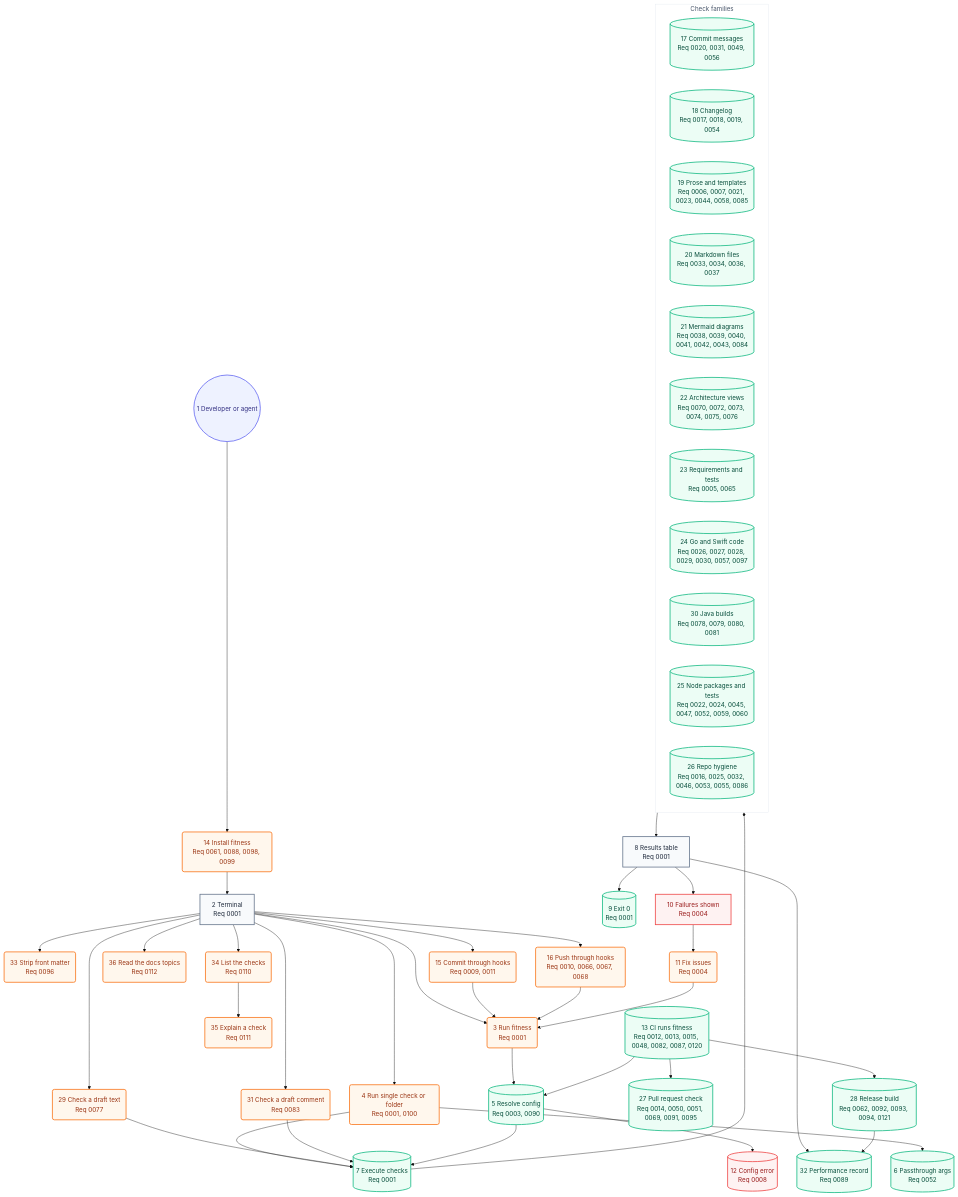
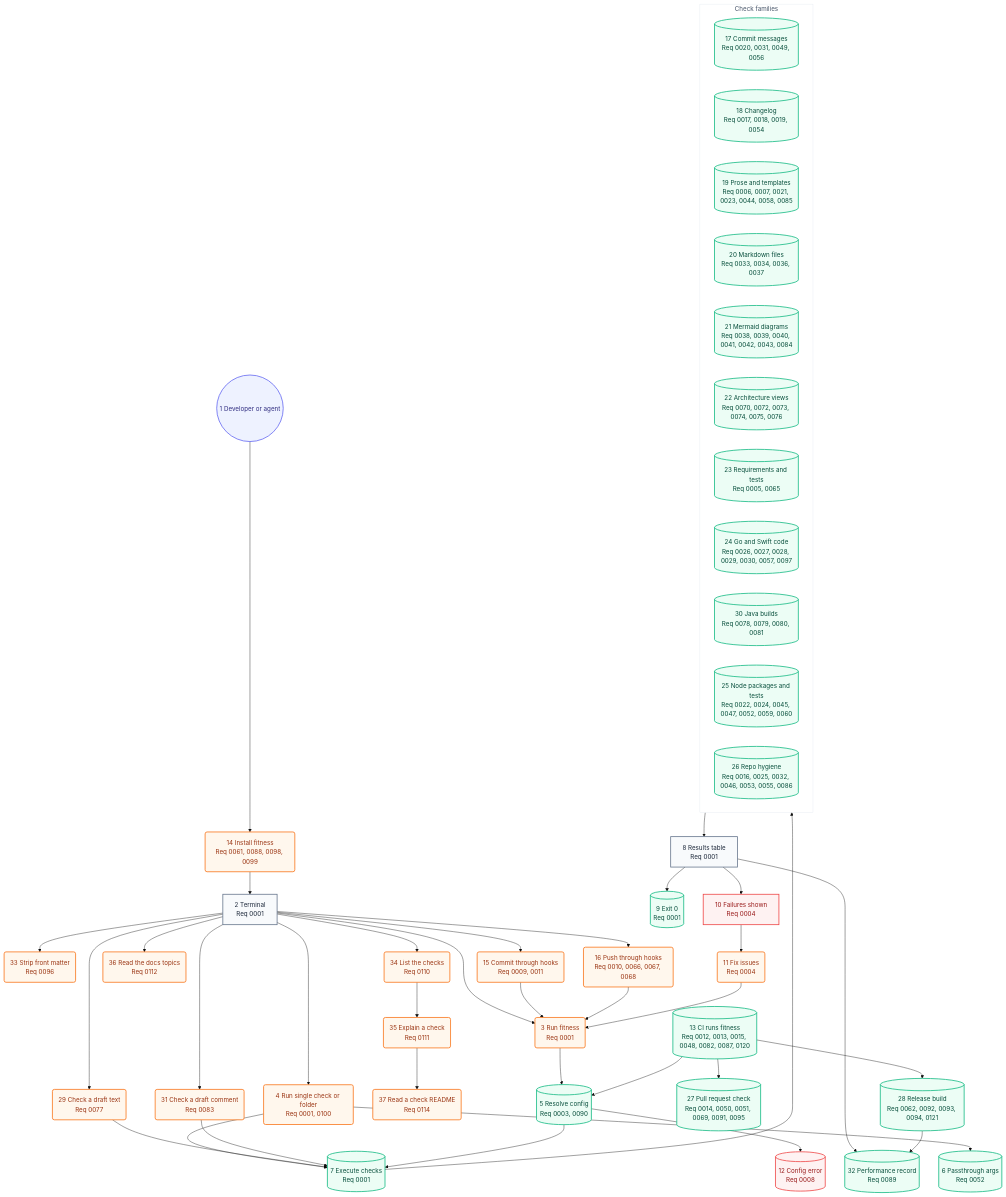
One commit to may-journal/fitness-runner changed the second of 2 diagrams in docs/architecture/05-user-journey.md. Above: the diagram before and after it, drawn with Mermaid (base theme). The commit also changed other lines of this file and 261 other files, not shown here.

```diff
--- a/docs/architecture/05-user-journey.md
+++ b/docs/architecture/05-user-journey.md
@@ -50,6 +50,7 @@
     listChecks(34 List the checks<br/>Req 0110):::action
     explainCheck(35 Explain a check<br/>Req 0111):::action
     readDocs(36 Read the docs topics<br/>Req 0112):::action
+    readReadme(37 Read a check README<br/>Req 0114):::action
     commitHook(15 Commit through hooks<br/>Req 0009, 0011):::action
     pushHook(16 Push through hooks<br/>Req 0010, 0066, 0067, 0068):::action
     resolveConfig[(5 Resolve config<br/>Req 0003, 0090)]:::system
@@ -92,6 +93,7 @@
     terminal --> listChecks
     listChecks --> explainCheck
     terminal --> readDocs
+    explainCheck --> readReadme
     commitHook --> runFull
     pushHook --> runFull
     runFull --> resolveConfig
```
